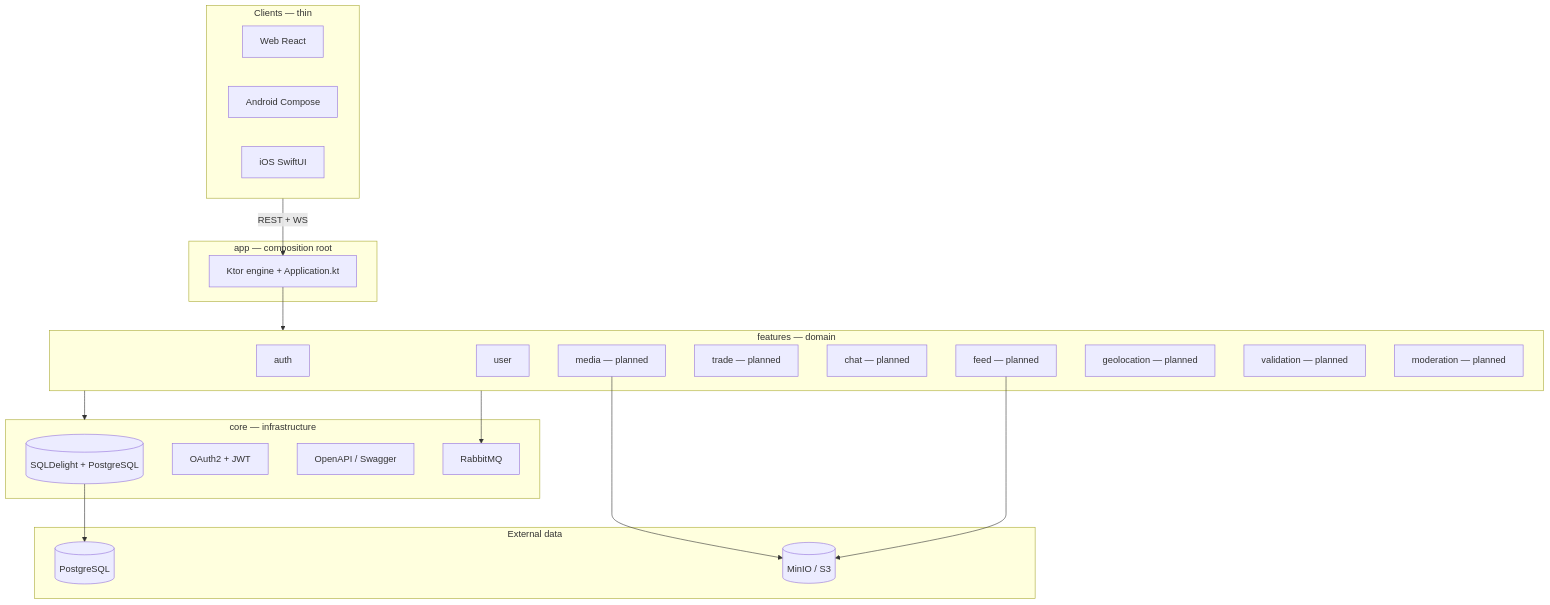
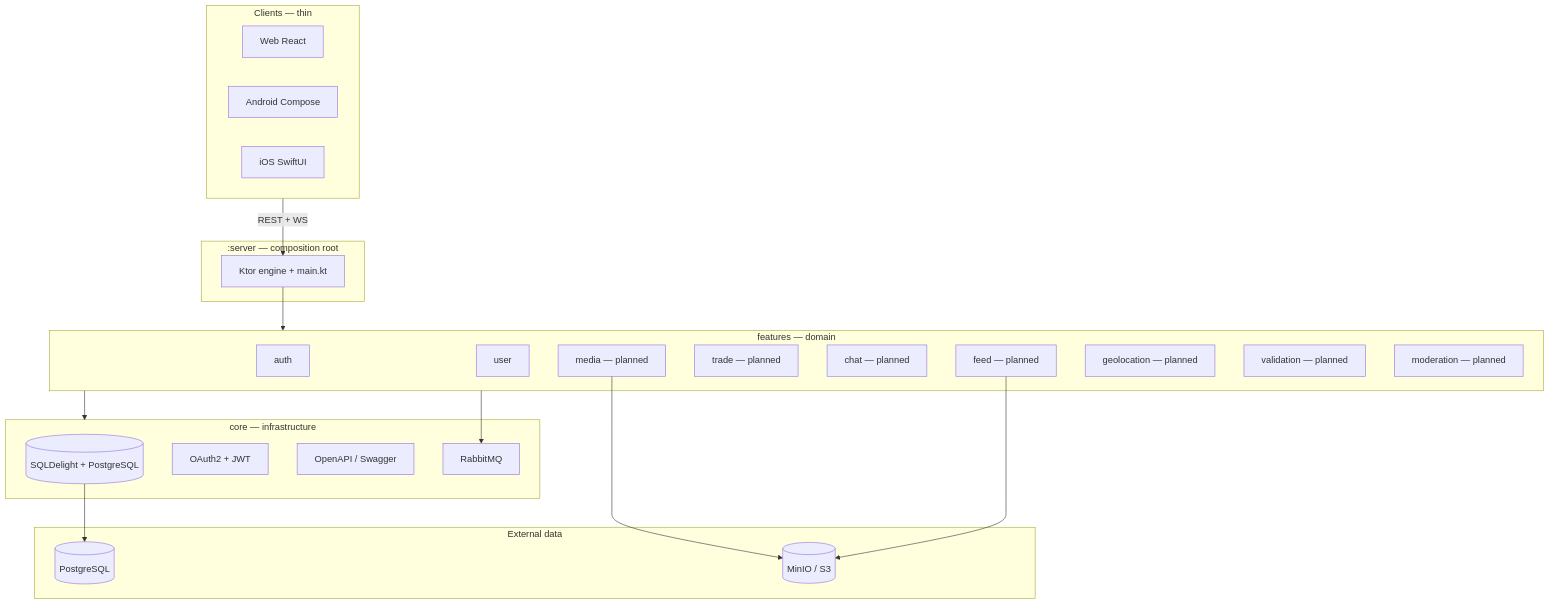
The diagram in docs/architecture.md (bieniucieniu/zula), drawn with Mermaid before and after one commit. The commit also changed other lines of this file, not shown here.

First line of the commit message:
docs: align architecture with Gradle :server package layout

````diff
--- a/docs/architecture.md
+++ b/docs/architecture.md
@@ -85,44 +108,44 @@
 ```mermaid
 flowchart TB
     subgraph clients [Clients — thin]
         web[Web React]
         android[Android Compose]
         ios[iOS SwiftUI]
     end
 
-    subgraph app [app — composition root]
-        ktor[Ktor engine + Application.kt]
+    subgraph server [":server — composition root"]
+        ktor[Ktor engine + main.kt]
     end
 
     subgraph core [core — infrastructure]
         db[(SQLDelight + PostgreSQL)]
         sec[OAuth2 + JWT]
         oapi[OpenAPI / Swagger]
         mq[RabbitMQ]
     end
 
     subgraph features [features — domain]
         auth[auth]
         user[user]
         feed[feed — planned]
         trade[trade — planned]
         chat[chat — planned]
         media[media — planned]
         geo[geolocation — planned]
         val[validation — planned]
         mod[moderation — planned]
     end
 
   subgraph data [External data]
         pg[(PostgreSQL)]
         s3[(MinIO / S3)]
     end
 
     clients -->|REST + WS| ktor
     ktor --> features
     features --> core
     db --> pg
     media --> s3
     feed --> s3
     features --> mq
 ```
````
